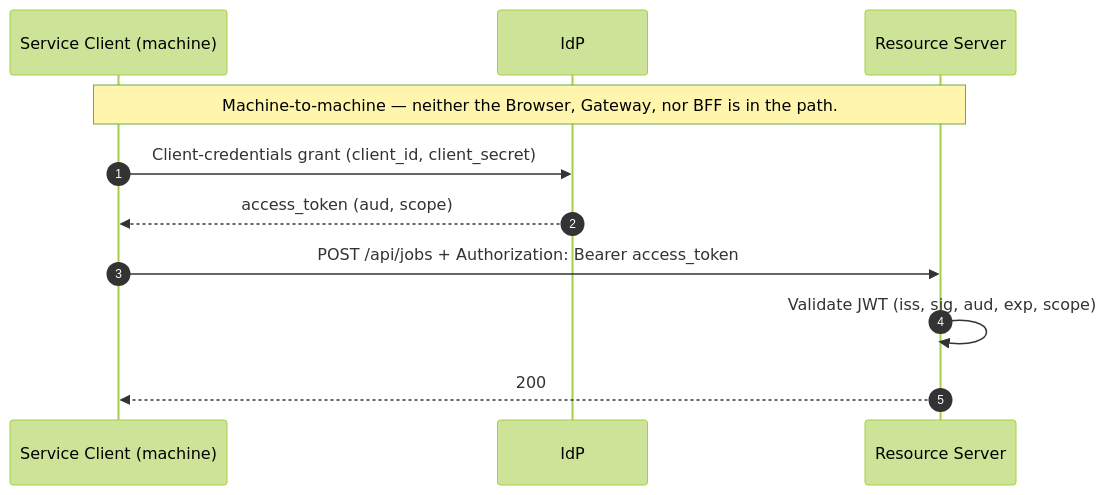
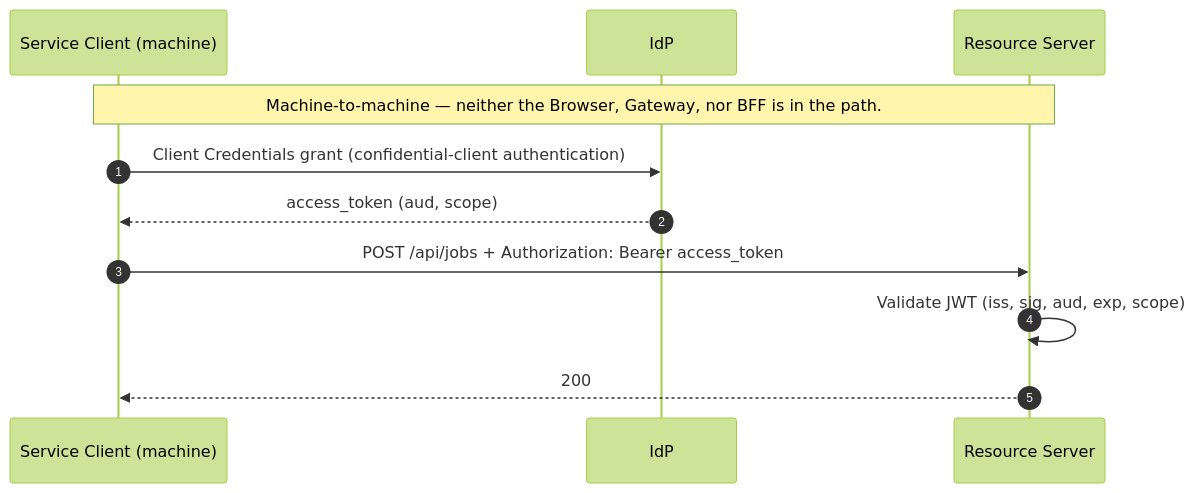
The sixth of 6 diagrams in README.md (ajaygodbole7/oidc-reference), drawn with Mermaid (forest theme) before and after one commit. The commit also changed other lines of this file, not shown here.

Commit message:
docs: align README diagrams with implemented flows

````diff
--- a/README.md
+++ b/README.md
@@ -205,14 +235,14 @@
 ```mermaid
 sequenceDiagram
     autonumber
     participant SC as Service Client (machine)
     participant K as IdP
     participant R as Resource Server
 
     Note over SC,R: Machine-to-machine — neither the Browser, Gateway, nor BFF is in the path.
-    SC->>K: Client-credentials grant (client_id, client_secret)
+    SC->>K: Client Credentials grant (confidential-client authentication)
     K-->>SC: access_token (aud, scope)
     SC->>R: POST /api/jobs + Authorization: Bearer access_token
     R->>R: Validate JWT (iss, sig, aud, exp, scope)
     R-->>SC: 200
 ```
````
